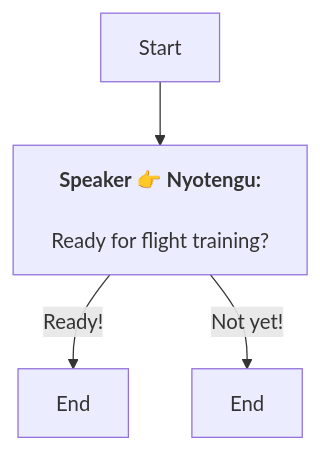
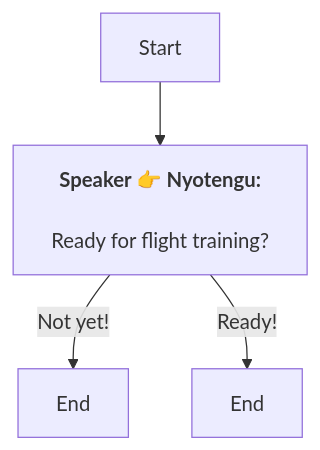
One commit to SoftHu/tos_avg changed the diagram in En/QuestTalkObjectiveNode_1753215920590245.md. Above: the diagram before and after it, drawn with Mermaid. The commit also changed other lines of this file and 780 other files, not shown here.

````diff
--- a/En/QuestTalkObjectiveNode_1753215920590245.md
+++ b/En/QuestTalkObjectiveNode_1753215920590245.md
@@ -1,8 +1,8 @@
 ```mermaid
 graph
 Start -->1753215953851816[<b>Speaker 👉 Nyotengu:</b>
 \nReady for flight training?]
+1753215953851816 -->|Not yet!|1753216059639215[End]
 1753215953851816 -->|Ready!|1753216057456046[End]
-1753215953851816 -->|Not yet!|1753216059639215[End]
 
 ```
````
